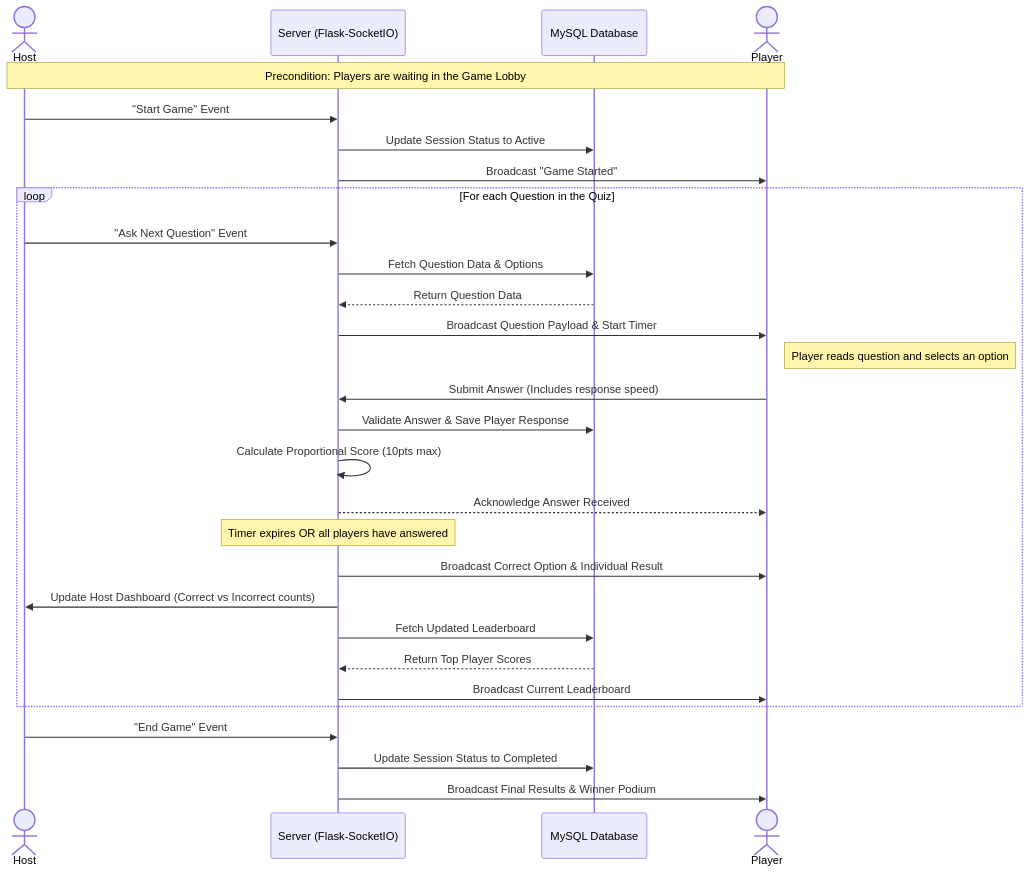
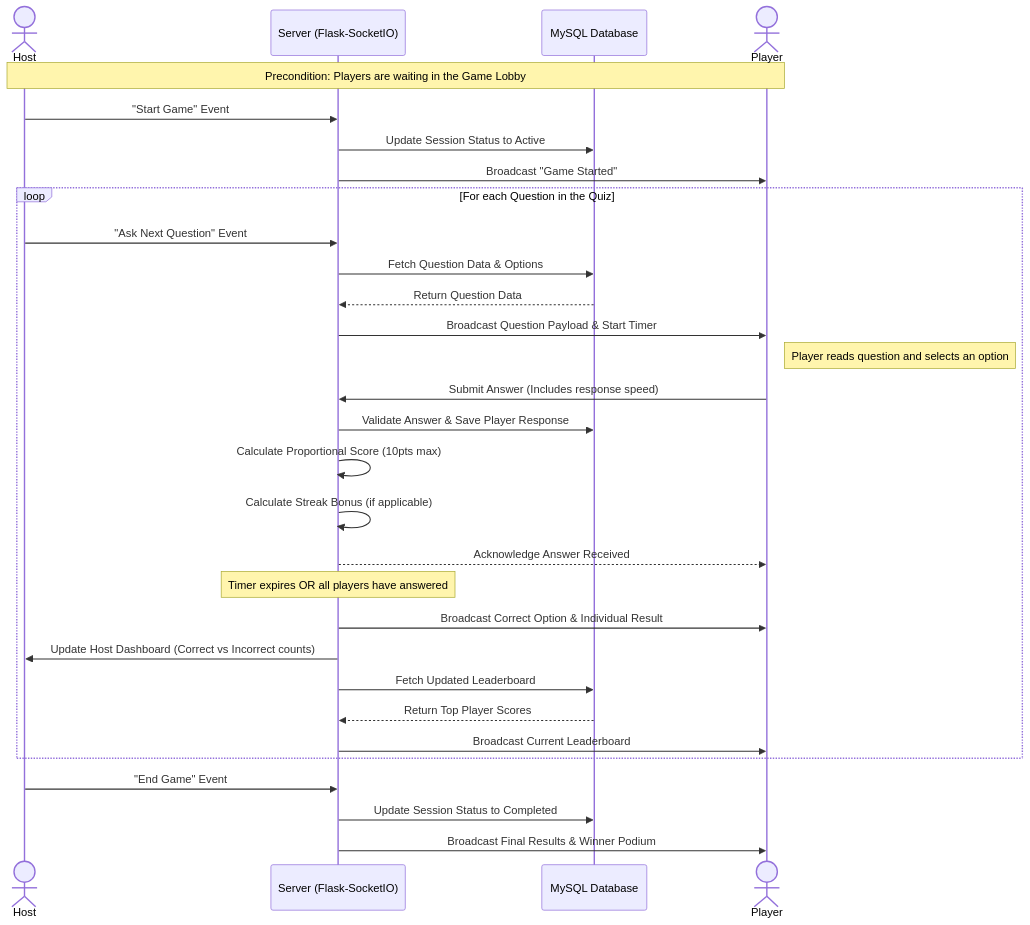
The second of 2 diagrams in docs/Software_Design_UML.md (EnovWayoi/CSIS3126_Wayoi), drawn with Mermaid before and after one commit.

Commit message:
docs: add streak bonus step to sequence diagram

````diff
--- a/docs/Software_Design_UML.md
+++ b/docs/Software_Design_UML.md
@@ -98,39 +98,40 @@
 ```mermaid
 sequenceDiagram
     actor Host
     participant System as Server (Flask-SocketIO)
     participant DB as MySQL Database
     actor Player
 
     Note over Host, Player: Precondition: Players are waiting in the Game Lobby
     
     Host->>System: "Start Game" Event
     System->>DB: Update Session Status to Active
     System->>Player: Broadcast "Game Started"
     
     loop For each Question in the Quiz
         Host->>System: "Ask Next Question" Event
         System->>DB: Fetch Question Data & Options
         DB-->>System: Return Question Data
         System->>Player: Broadcast Question Payload & Start Timer
         
         Note right of Player: Player reads question and selects an option
         
         Player->>System: Submit Answer (Includes response speed)
         System->>DB: Validate Answer & Save Player Response
         System->>System: Calculate Proportional Score (10pts max)
+        System->>System: Calculate Streak Bonus (if applicable)
         System-->>Player: Acknowledge Answer Received
         
         Note over System: Timer expires OR all players have answered
         System->>Player: Broadcast Correct Option & Individual Result
         System->>Host: Update Host Dashboard (Correct vs Incorrect counts)
         
         System->>DB: Fetch Updated Leaderboard
         DB-->>System: Return Top Player Scores
         System->>Player: Broadcast Current Leaderboard
     end
     
     Host->>System: "End Game" Event
     System->>DB: Update Session Status to Completed
     System->>Player: Broadcast Final Results & Winner Podium
 ```
````
